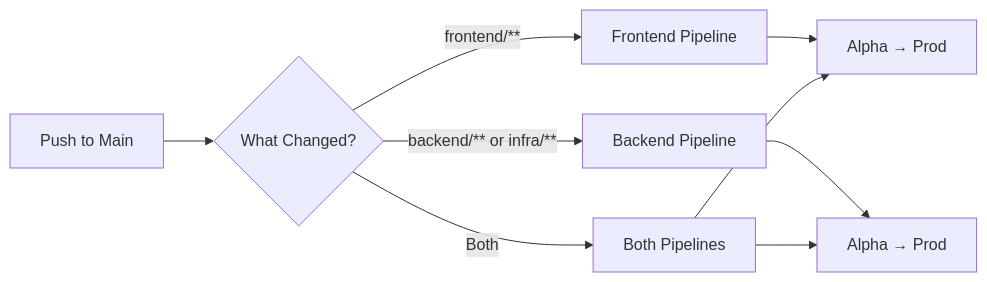
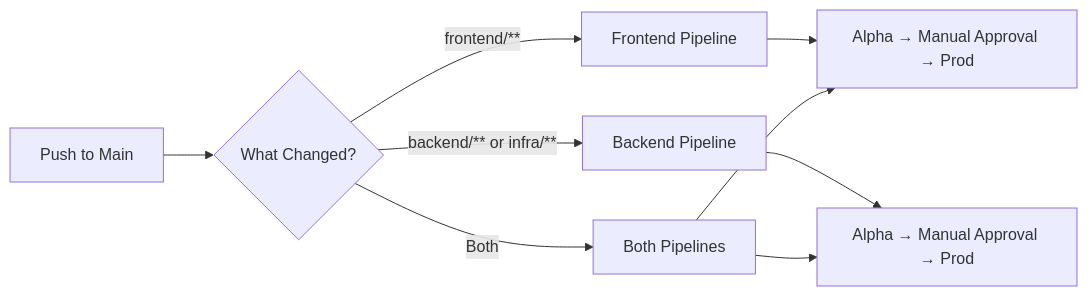
One commit to Aadil221/EPAFinalProject changed the first of 4 diagrams in docs/PIPELINE.md. Above: the diagram before and after it, drawn with Mermaid. The commit also changed other lines of this file, not shown here.

Commit message:
docs: add manual approval gate before Prod deployment in pipeline diagrams

````diff
--- a/docs/PIPELINE.md
+++ b/docs/PIPELINE.md
@@ -9,12 +9,12 @@
 ```mermaid
 graph LR
     A[Push to Main] --> B{What Changed?}
     B -->|frontend/**| C[Frontend Pipeline]
     B -->|backend/** or infra/**| D[Backend Pipeline]
     B -->|Both| E[Both Pipelines]
 
-    C --> F[Alpha → Prod]
-    D --> G[Alpha → Prod]
+    C --> F[Alpha → Manual Approval → Prod]
+    D --> G[Alpha → Manual Approval → Prod]
     E --> F
     E --> G
 ```
````
